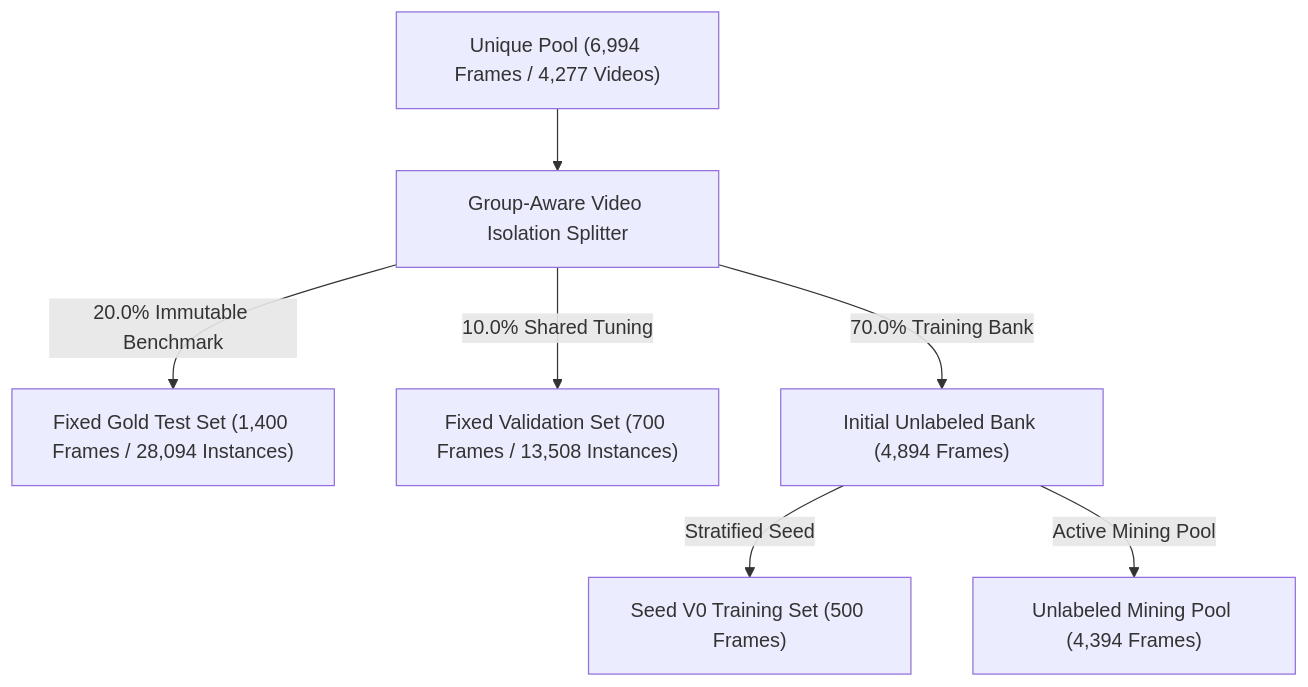
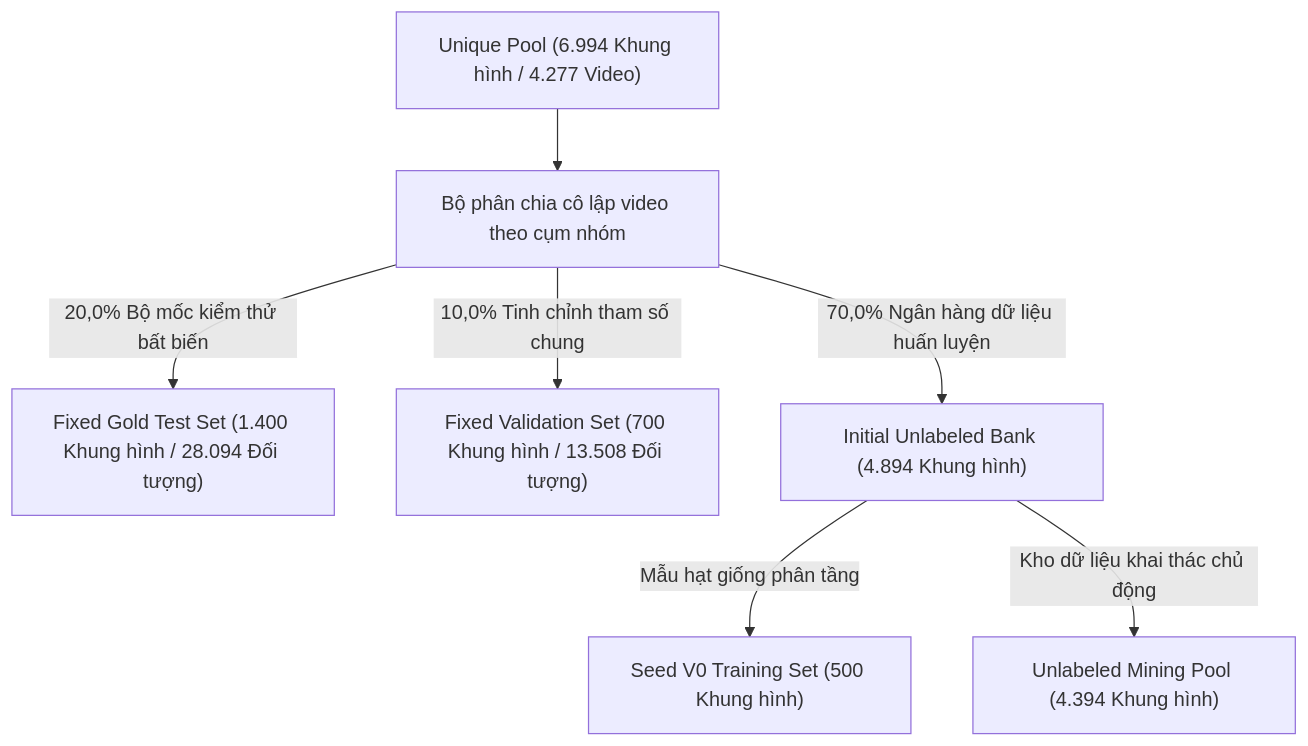
One commit to Wanlee199/bdd10k-hitl-simulator-web changed the first of 2 diagrams in docs/experiments/03_frozen_splits.md. Above: the diagram before and after it, drawn with Mermaid. The commit also changed other lines of this file and 13 other files, not shown here.

````diff
--- a/docs/experiments/03_frozen_splits.md
+++ b/docs/experiments/03_frozen_splits.md
@@ -22,9 +22,9 @@
 ```mermaid
 flowchart TD
-    A["Unique Pool (6,994 Frames / 4,277 Videos)"] --> B["Group-Aware Video Isolation Splitter"]
-    B -->|20.0% Immutable Benchmark| C["Fixed Gold Test Set (1,400 Frames / 28,094 Instances)"]
-    B -->|10.0% Shared Tuning| D["Fixed Validation Set (700 Frames / 13,508 Instances)"]
-    B -->|70.0% Training Bank| E["Initial Unlabeled Bank (4,894 Frames)"]
-    E -->|Stratified Seed| F["Seed V0 Training Set (500 Frames)"]
-    E -->|Active Mining Pool| G["Unlabeled Mining Pool (4,394 Frames)"]
+    A["Unique Pool (6.994 Khung hình / 4.277 Video)"] --> B["Bộ phân chia cô lập video theo cụm nhóm"]
+    B -->|20,0% Bộ mốc kiểm thử bất biến| C["Fixed Gold Test Set (1.400 Khung hình / 28.094 Đối tượng)"]
+    B -->|10,0% Tinh chỉnh tham số chung| D["Fixed Validation Set (700 Khung hình / 13.508 Đối tượng)"]
+    B -->|70,0% Ngân hàng dữ liệu huấn luyện| E["Initial Unlabeled Bank (4.894 Khung hình)"]
+    E -->|Mẫu hạt giống phân tầng| F["Seed V0 Training Set (500 Khung hình)"]
+    E -->|Kho dữ liệu khai thác chủ động| G["Unlabeled Mining Pool (4.394 Khung hình)"]
 ```
````
